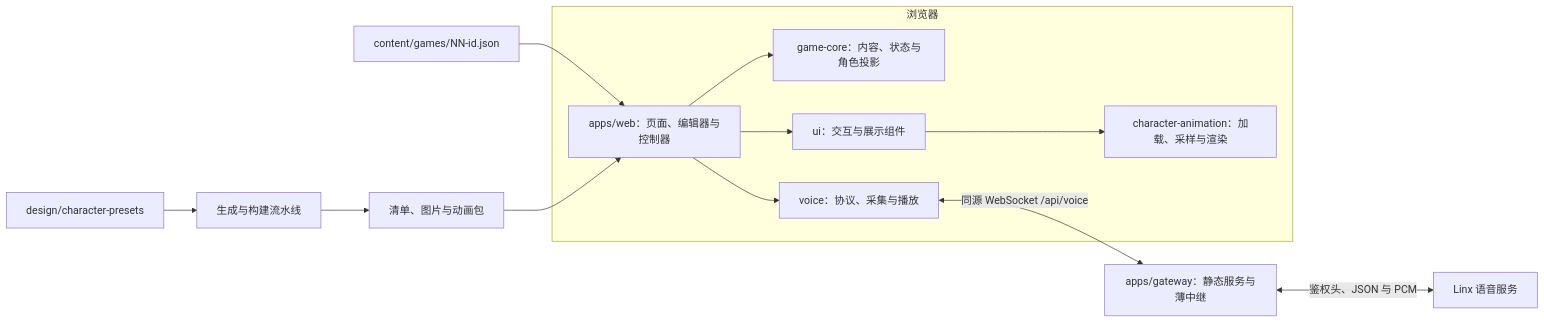
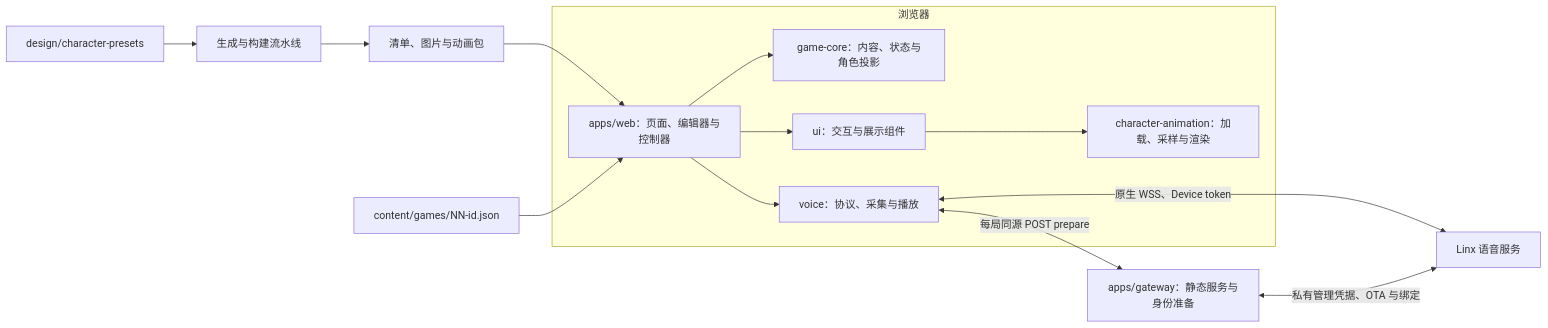
One commit to nighca/lie changed the diagram in docs/architecture-design.md. Above: the diagram before and after it, drawn with Mermaid. The commit also changed other lines of this file and 14 other files, not shown here.

Commit message:
feat: prepare browser voice identity in one request

````diff
--- a/docs/architecture-design.md
+++ b/docs/architecture-design.md
@@ -9,15 +9,16 @@
 ```mermaid
 flowchart LR
     Cases["content/games/NN-id.json"] --> Web
     Source["design/character-presets"] --> Build["生成与构建流水线"]
     Build --> Static["清单、图片与动画包"]
     subgraph Browser["浏览器"]
         Web["apps/web：页面、编辑器与控制器"] --> Core["game-core：内容、状态与角色投影"]
         Web --> UI["ui：交互与展示组件"]
         UI --> Animation["character-animation：加载、采样与渲染"]
         Web --> Voice["voice：协议、采集与播放"]
     end
     Static --> Web
-    Voice <-->|"同源 WebSocket /api/voice"| Gateway["apps/gateway：静态服务与薄中继"]
-    Gateway <-->|"鉴权头、JSON 与 PCM"| Provider["Linx 语音服务"]
+    Voice <-->|"每局同源 POST prepare"| Gateway["apps/gateway：静态服务与身份准备"]
+    Gateway <-->|"私有管理凭据、OTA 与绑定"| Provider["Linx 语音服务"]
+    Voice <-->|"原生 WSS、Device token"| Provider
 ```
````
